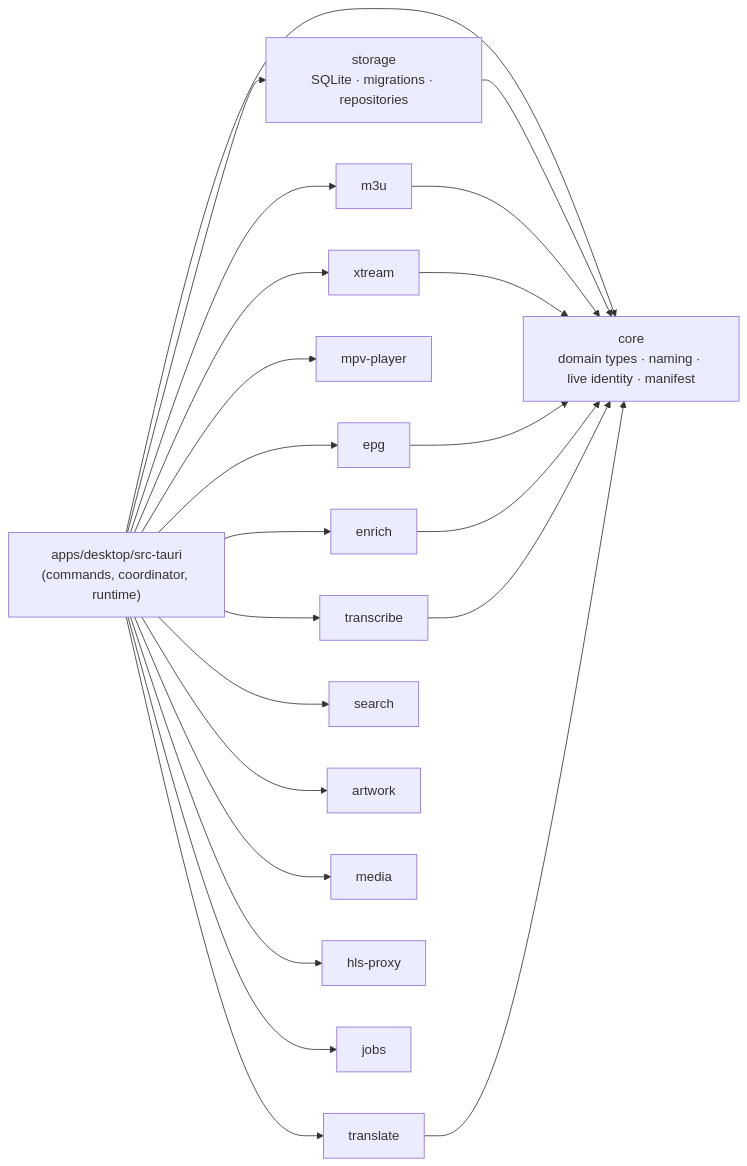
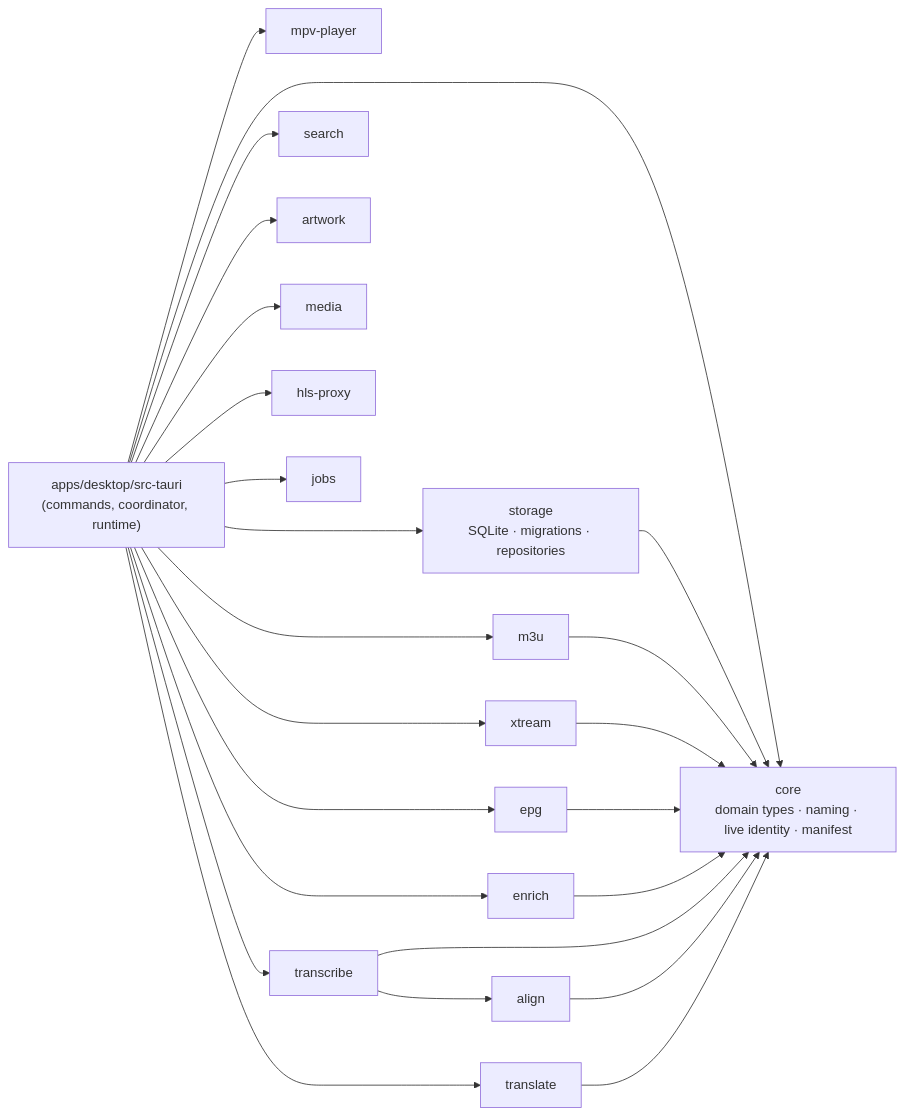
One commit to YoussefSah05/nova changed the second of 4 diagrams in docs/architecture/overview.md. Above: the diagram before and after it, drawn with Mermaid. The commit also changed other lines of this file and 8 other files, not shown here.

First line of the commit message:
docs: bring guides, architecture and changelog up to date with caption timing

````diff
--- a/docs/architecture/overview.md
+++ b/docs/architecture/overview.md
@@ -52,18 +58,19 @@
 ```mermaid
 flowchart LR
     desktop["apps/desktop/src-tauri<br/>(commands, coordinator, runtime)"]
     core["core<br/>domain types · naming · live identity · manifest"]
     storage["storage<br/>SQLite · migrations · repositories"]
     m3u & xtream & epg
     mpv["mpv-player"]
-    transcribe & translate & enrich & search
+    transcribe & align & translate & enrich & search
     artwork & media & proxy["hls-proxy"] & jobs
     desktop --> core & storage & m3u & xtream & epg & mpv & transcribe & translate & enrich & search & artwork & media & proxy & jobs
     storage --> core
     m3u --> core
     xtream --> core
     epg --> core
     enrich --> core
-    transcribe --> core
+    transcribe --> core & align
+    align --> core
     translate --> core
 ```
````
